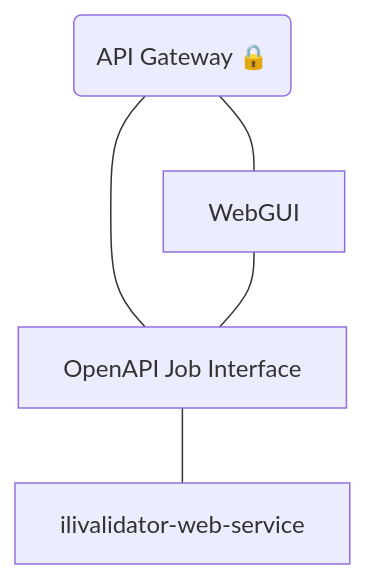
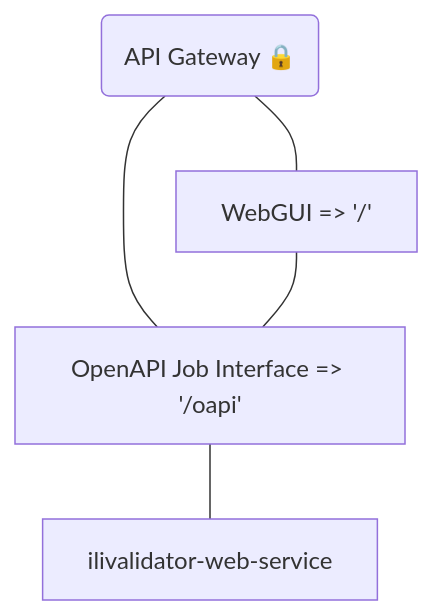
One commit to agiktsh/mgdm2oereb.application changed the first of 2 diagrams in README.md. Above: the diagram before and after it, drawn with Mermaid. The commit also changed 2 other files, not shown here.

Commit message:
Add some stuff (#3)
* improve readme, add service for pure interlis

* remove api gateway, fix readme

````diff
--- a/README.md
+++ b/README.md
@@ -10,12 +10,12 @@
 ```mermaid
 graph TD;
-    service[OpenAPI Job Interface]
-    gui[WebGUI]
-    validator[ilivalidator-web-service]
+    service["OpenAPI Job Interface => '/oapi'"]
+    gui["WebGUI => '/'"]
+    validator["ilivalidator-web-service"]
     gateway("API Gateway 🔒")
     
     gateway---service
     gateway---gui
     gui---service
     service---validator
 ```
````
